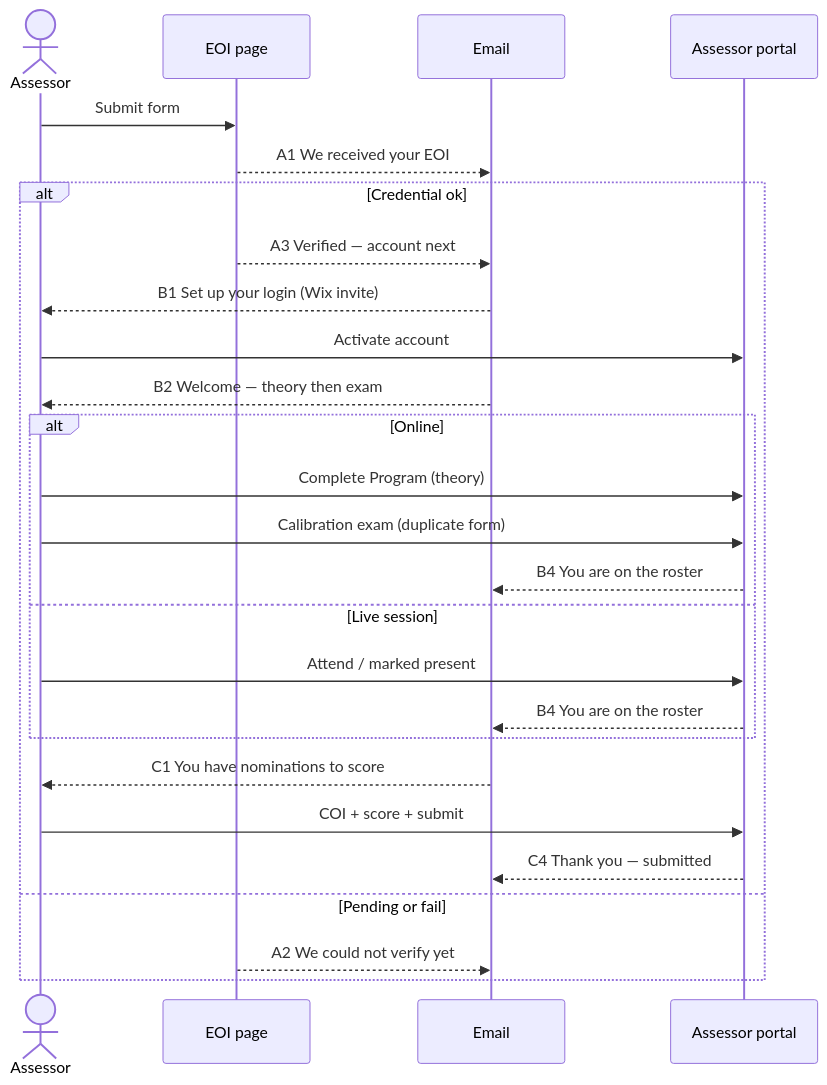
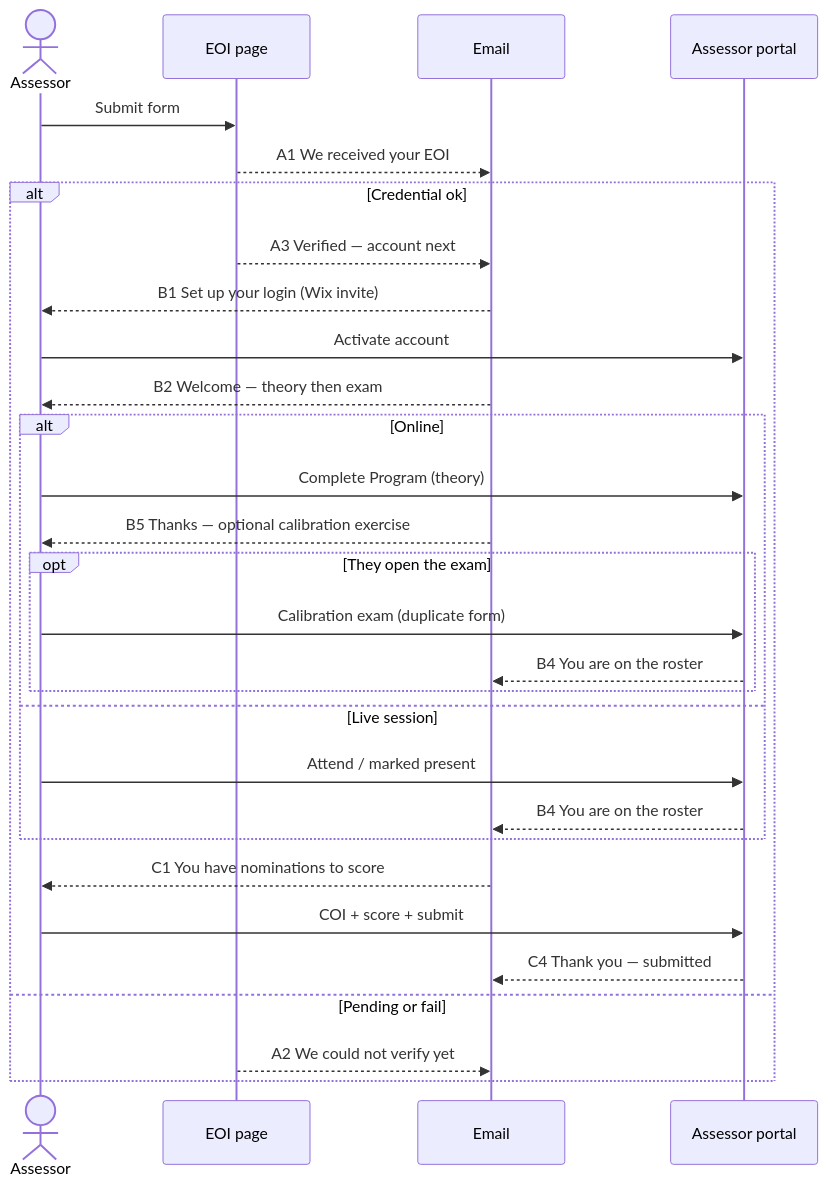
Before and after one commit to baloghp/PBF: the diagram in Contractor_of_The_Year/Implementation/Assessor-Wix/04-emails.md, drawn with Mermaid. The commit also changed other lines of this file and 1 other file, not shown here.

Commit message:
Document B5 assessorTheoryComplete: thank-you after the program with an optional calibration link.

````diff
--- a/Contractor_of_The_Year/Implementation/Assessor-Wix/04-emails.md
+++ b/Contractor_of_The_Year/Implementation/Assessor-Wix/04-emails.md
@@ -9,29 +9,32 @@
 ```mermaid
 sequenceDiagram
     actor A as Assessor
     participant EOI as EOI page
     participant Mail as Email
     participant Portal as Assessor portal
 
     A->>EOI: Submit form
     EOI-->>Mail: A1 We received your EOI
     alt Credential ok
         EOI-->>Mail: A3 Verified — account next
         Mail-->>A: B1 Set up your login (Wix invite)
         A->>Portal: Activate account
         Mail-->>A: B2 Welcome — theory then exam
         alt Online
             A->>Portal: Complete Program (theory)
-            A->>Portal: Calibration exam (duplicate form)
-            Portal-->>Mail: B4 You are on the roster
+            Mail-->>A: B5 Thanks — optional calibration exercise
+            opt They open the exam
+                A->>Portal: Calibration exam (duplicate form)
+                Portal-->>Mail: B4 You are on the roster
+            end
         else Live session
             A->>Portal: Attend / marked present
             Portal-->>Mail: B4 You are on the roster
         end
         Mail-->>A: C1 You have nominations to score
         A->>Portal: COI + score + submit
         Portal-->>Mail: C4 Thank you — submitted
     else Pending or fail
         EOI-->>Mail: A2 We could not verify yet
     end
 ```
````
